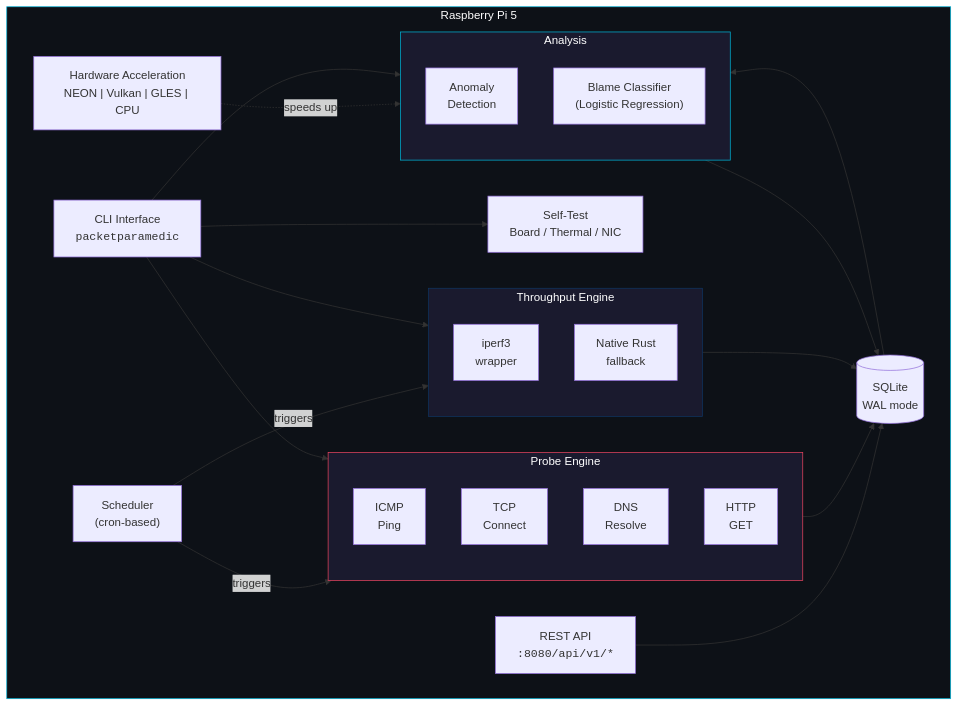
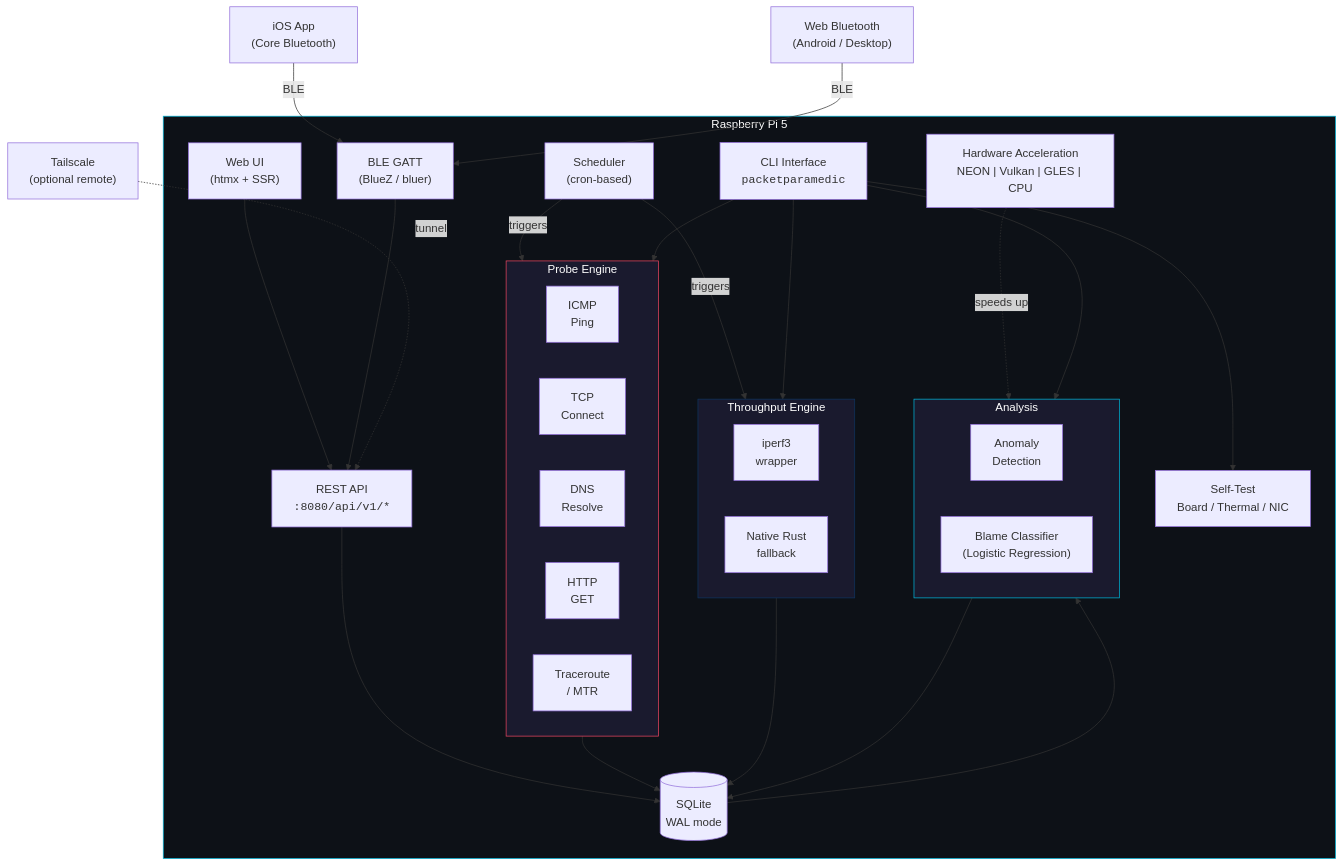
One commit to ParkWardRR/PacketParamedic changed the first of 5 diagrams in README.md. Above: the diagram before and after it, drawn with Mermaid. The commit also changed other lines of this file, not shown here.

First line of the commit message:
docs: sync README with roadmap vision and current status

````diff
--- a/README.md
+++ b/README.md
@@ -125,47 +185,59 @@
 ```mermaid
 graph TB
     subgraph PI["Raspberry Pi 5"]
         CLI["CLI Interface<br/><code>packetparamedic</code>"]
         API["REST API<br/><code>:8080/api/v1/*</code>"]
+        WEBUI["Web UI<br/>(htmx + SSR)"]
         SCHED["Scheduler<br/>(cron-based)"]
 
         subgraph PROBES["Probe Engine"]
             ICMP["ICMP<br/>Ping"]
             TCP["TCP<br/>Connect"]
             DNS["DNS<br/>Resolve"]
             HTTP["HTTP<br/>GET"]
+            MTR["Traceroute<br/>/ MTR"]
         end
 
         subgraph THROUGHPUT["Throughput Engine"]
             IPERF["iperf3<br/>wrapper"]
             NATIVE["Native Rust<br/>fallback"]
         end
 
         subgraph BRAIN["Analysis"]
             DETECT["Anomaly<br/>Detection"]
             BLAME["Blame Classifier<br/>(Logistic Regression)"]
         end
 
         ACCEL["Hardware Acceleration<br/>NEON | Vulkan | GLES | CPU"]
         DB[(SQLite<br/>WAL mode)]
         SELFTEST["Self-Test<br/>Board / Thermal / NIC"]
+        BLE["BLE GATT<br/>(BlueZ / bluer)"]
     end
+
+    PHONE["iOS App<br/>(Core Bluetooth)"]
+    BROWSER["Web Bluetooth<br/>(Android / Desktop)"]
+    TAILSCALE["Tailscale<br/>(optional remote)"]
 
     SCHED -->|triggers| PROBES
     SCHED -->|triggers| THROUGHPUT
     PROBES --> DB
     THROUGHPUT --> DB
     DB --> BRAIN
     BRAIN --> DB
     ACCEL -.->|speeds up| BRAIN
     CLI --> PROBES
     CLI --> THROUGHPUT
     CLI --> BRAIN
     CLI --> SELFTEST
+    WEBUI --> API
     API --> DB
+    PHONE -->|BLE| BLE
+    BROWSER -->|BLE| BLE
+    BLE --> API
+    TAILSCALE -.->|tunnel| API
 
     style PI fill:#0d1117,stroke:#00b4d8,color:#fff
     style PROBES fill:#1a1a2e,stroke:#e94560,color:#fff
     style THROUGHPUT fill:#1a1a2e,stroke:#0f3460,color:#fff
     style BRAIN fill:#1a1a2e,stroke:#00b4d8,color:#fff
 ```
````
